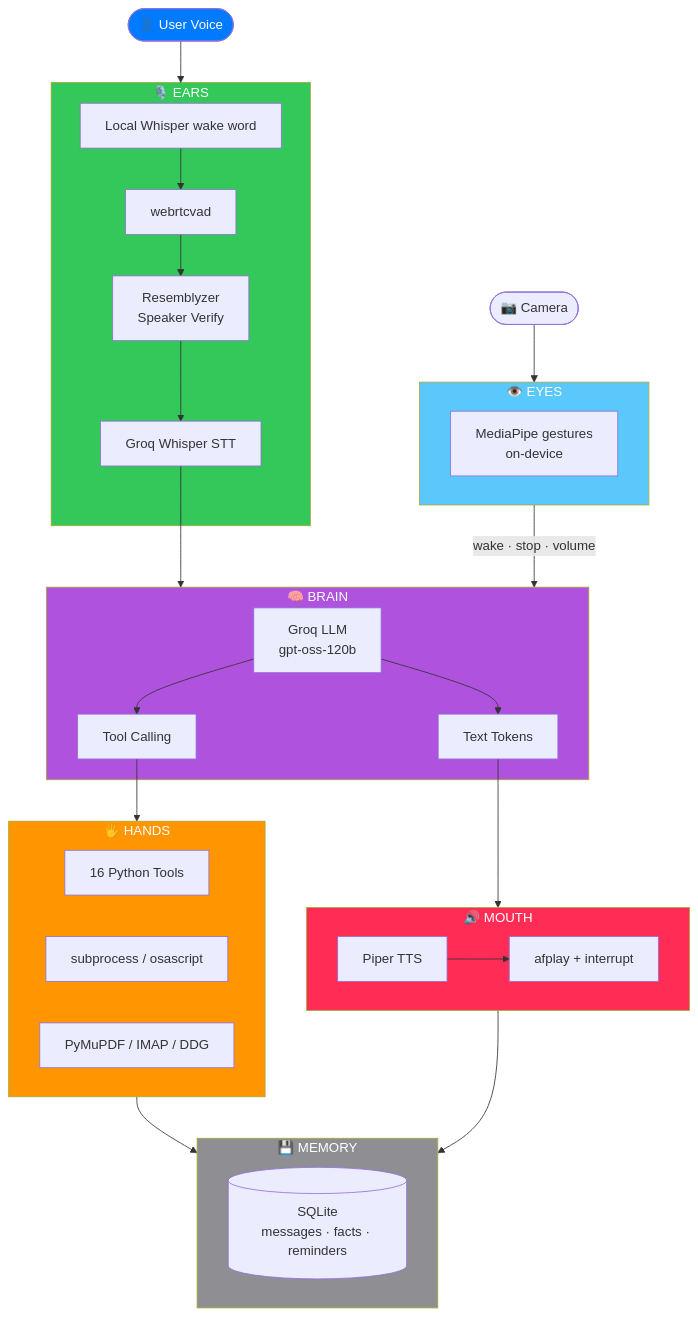
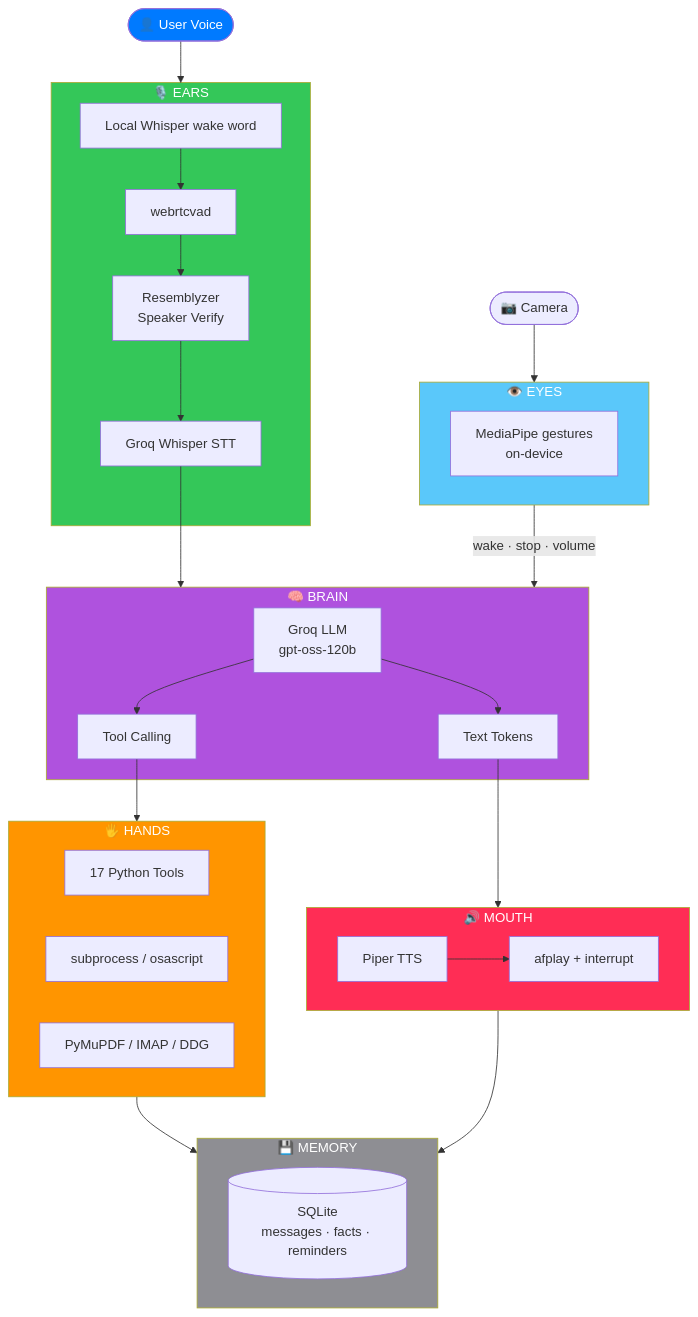
One commit to Ramo212121/remy-assistant changed the diagram in README.md. Above: the diagram before and after it, drawn with Mermaid. The commit also changed other lines of this file and 13 other files, not shown here.

````diff
--- a/README.md
+++ b/README.md
@@ -103,53 +103,53 @@
 ```mermaid
 flowchart TD
     User([👤 User Voice]) --> Ears
 
     subgraph Ears[🎙️ EARS]
         WW[Local Whisper wake word] --> VAD[webrtcvad]
         VAD --> RS[Resemblyzer<br/>Speaker Verify]
         RS --> Whisper[Groq Whisper STT]
     end
 
     Whisper --> Brain
 
     Camera([📷 Camera]) --> Eyes
     subgraph Eyes[👁️ EYES]
         MP[MediaPipe gestures<br/>on-device]
     end
     Eyes -->|wake · stop · volume| Brain
 
     subgraph Brain[🧠 BRAIN]
         LLM[Groq LLM<br/>gpt-oss-120b]
         LLM --> TC[Tool Calling]
         LLM --> TK[Text Tokens]
     end
 
     TC --> Hands
     TK --> Mouth
 
     subgraph Hands[🖐️ HANDS]
-        T1[16 Python Tools]
+        T1[17 Python Tools]
         T2[subprocess / osascript]
         T3[PyMuPDF / IMAP / DDG]
     end
 
     subgraph Mouth[🔊 MOUTH]
         Piper[Piper TTS]
         Piper --> AF[afplay + interrupt]
     end
 
     Hands --> Memory
     Mouth --> Memory
 
     subgraph Memory[💾 MEMORY]
         DB[(SQLite<br/>messages · facts · reminders)]
     end
 
     style User fill:#007AFF,color:#fff
     style Ears fill:#34C759,color:#fff
     style Brain fill:#AF52DE,color:#fff
     style Hands fill:#FF9500,color:#fff
     style Mouth fill:#FF2D55,color:#fff
     style Memory fill:#8E8E93,color:#fff
     style Eyes fill:#5AC8FA,color:#fff
 ```
````
